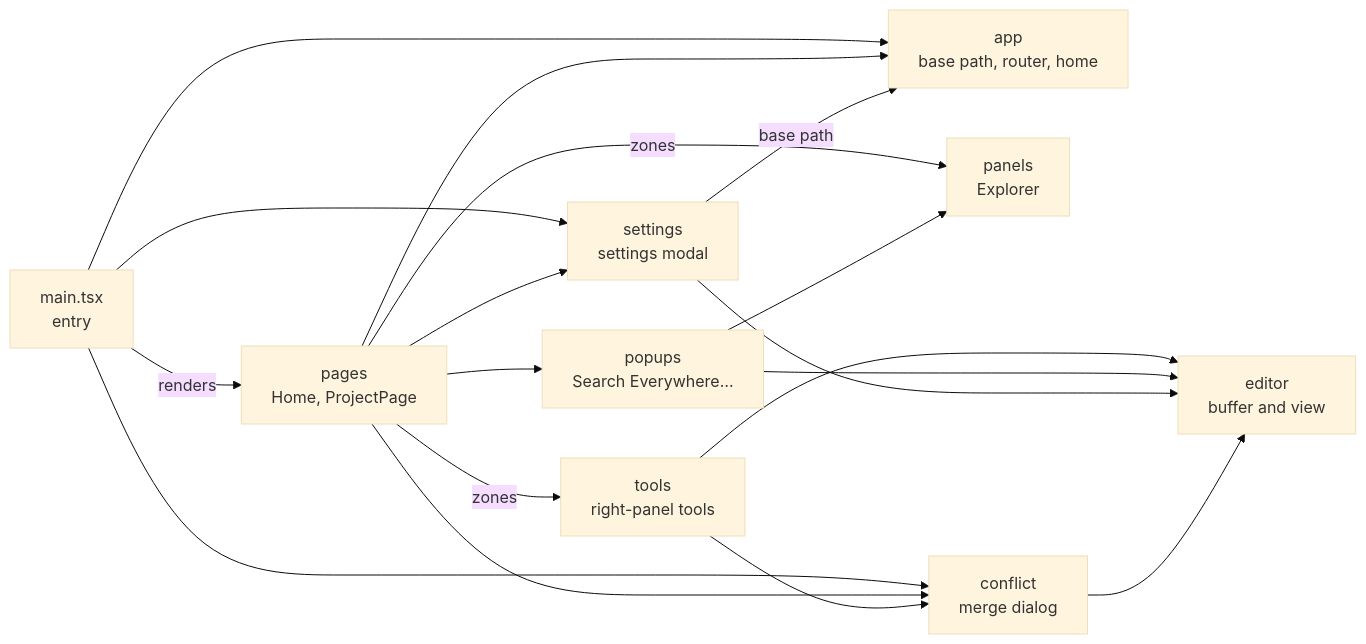
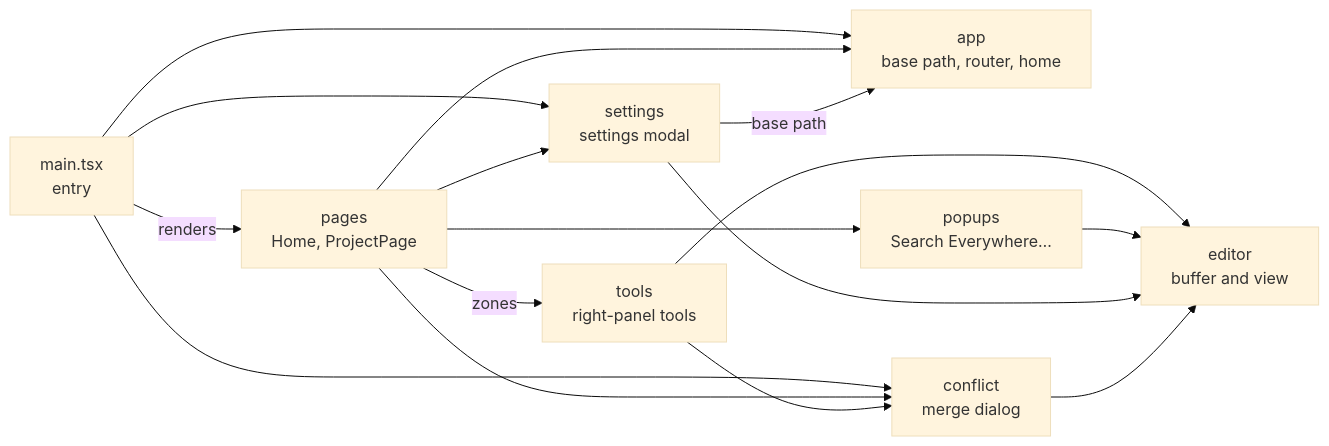
Before and after one commit to DrSmithFr/web-ide: the first of 2 diagrams in web/src/README.md, drawn with Mermaid (base theme). The commit also changed other lines of this file and 42 other files, not shown here.

````diff
--- a/web/src/README.md
+++ b/web/src/README.md
@@ -7,29 +7,26 @@
 ```mermaid
 flowchart LR
   main["main.tsx<br/>entry"]
   app["app<br/>base path, router, home"]
   pages["pages<br/>Home, ProjectPage"]
   tools["tools<br/>right-panel tools"]
-  panels["panels<br/>Explorer"]
   popups["popups<br/>Search Everywhere…"]
   settings["settings<br/>settings modal"]
   conflict["conflict<br/>merge dialog"]
   editor["editor<br/>buffer and view"]
   main --> app
   main --> conflict
   main -->|"renders"| pages
   main --> settings
   pages --> app
   pages --> conflict
-  pages -->|"zones"| panels
   pages --> popups
   pages --> settings
   pages -->|"zones"| tools
   tools --> conflict
   tools --> editor
   popups --> editor
-  popups --> panels
   settings -->|"base path"| app
   settings --> editor
   conflict --> editor
 ```
````
